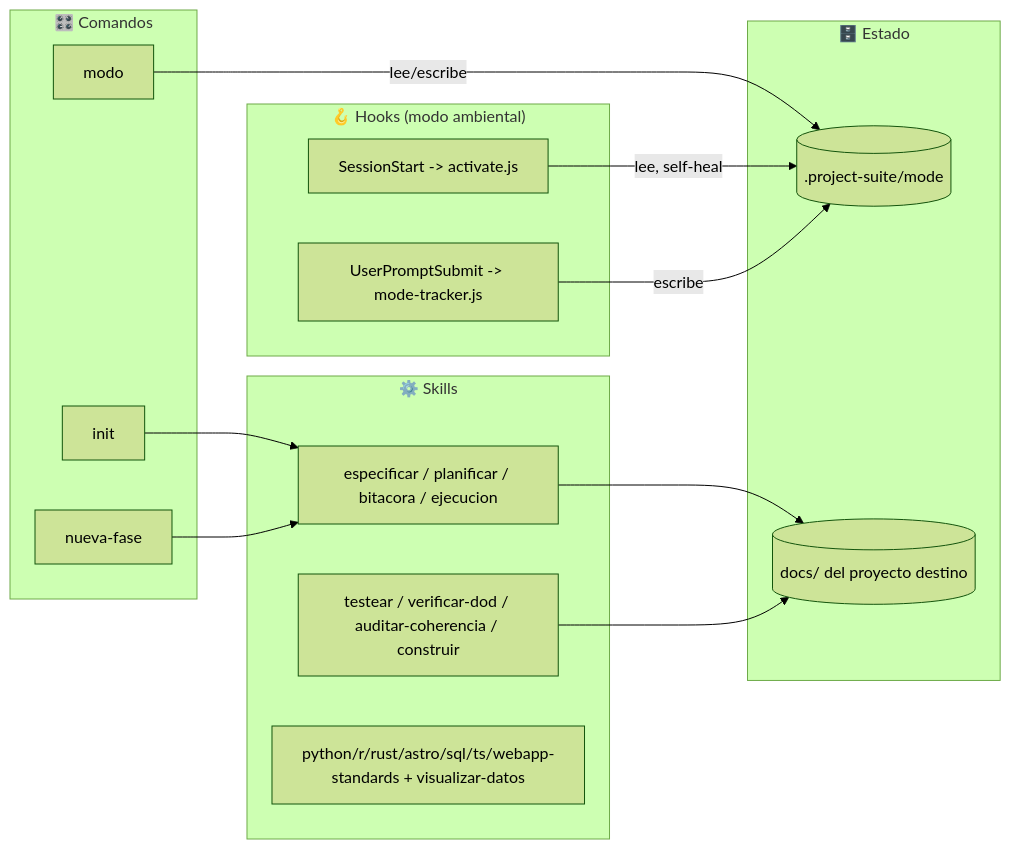
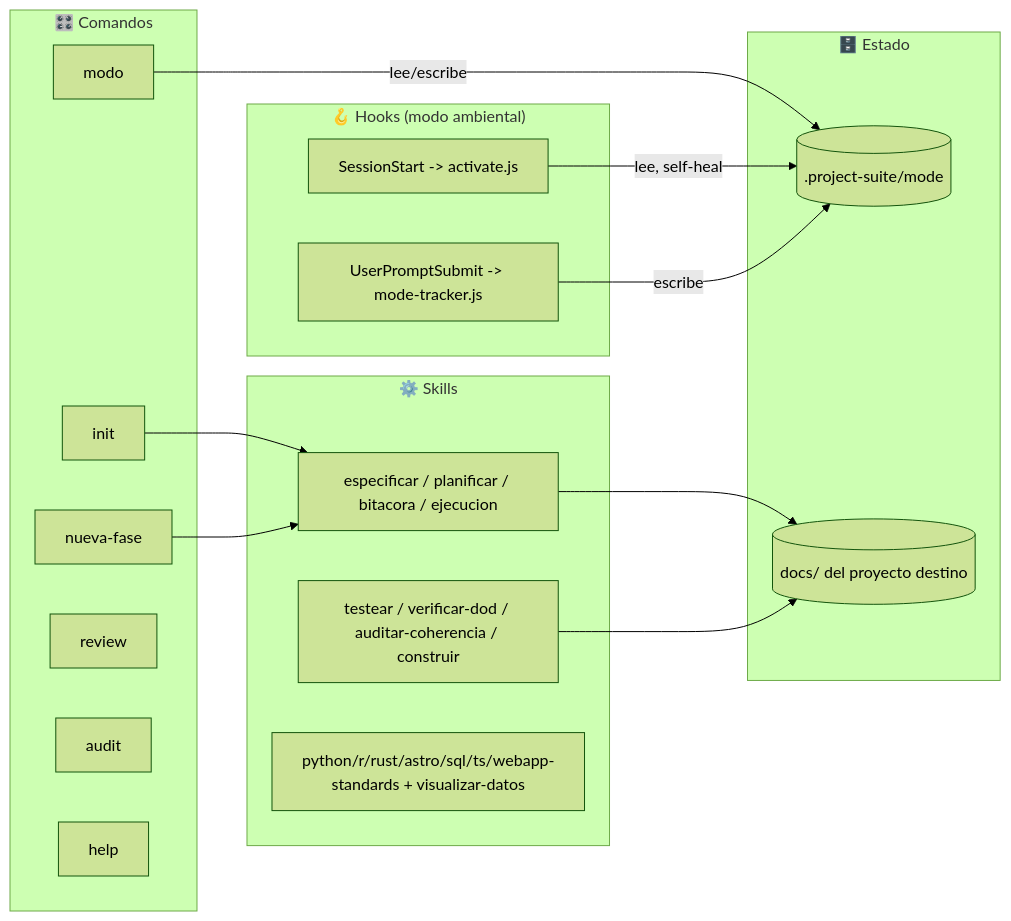
The first of 2 diagrams in docs/description_proyecto.md (AlexPrietoRomani/project-suite), drawn with Mermaid (forest theme) before and after one commit. The commit also changed other lines of this file and 3 other files, not shown here.

First line of the commit message:
docs: update README and architecture for 6 commands, 20 skills, npm install

````diff
--- a/docs/description_proyecto.md
+++ b/docs/description_proyecto.md
@@ -16,31 +18,34 @@
 ```mermaid
 flowchart LR
     subgraph CMD["🎛️ Comandos"]
         INIT["init"]
         NF["nueva-fase"]
         MODO["modo"]
+        REVIEW["review"]
+        AUDIT["audit"]
+        HELP["help"]
     end
 
     subgraph SKILLS["⚙️ Skills"]
         DOC["especificar / planificar / bitacora / ejecucion"]
         LOOP["testear / verificar-dod / auditar-coherencia / construir"]
         STD["python/r/rust/astro/sql/ts/webapp-standards + visualizar-datos"]
     end
 
     subgraph HOOKS["🪝 Hooks (modo ambiental)"]
         SS["SessionStart -> activate.js"]
         UPS["UserPromptSubmit -> mode-tracker.js"]
     end
 
     subgraph STATE["🗄️ Estado"]
         MODE[(".project-suite/mode")]
         DOCS[("docs/ del proyecto destino")]
     end
 
     INIT --> DOC --> DOCS
     NF --> DOC
     LOOP --> DOCS
     MODO -->|"lee/escribe"| MODE
     SS -->|"lee, self-heal"| MODE
     UPS -->|"escribe"| MODE
 ```
````
